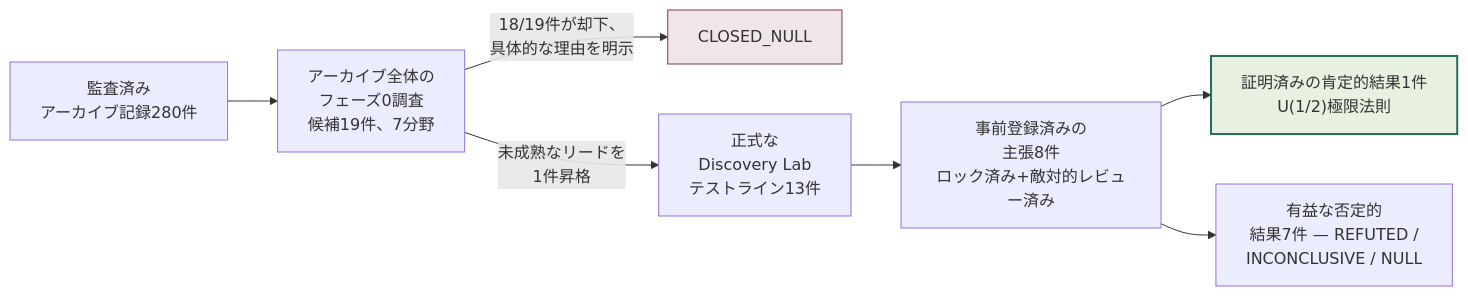
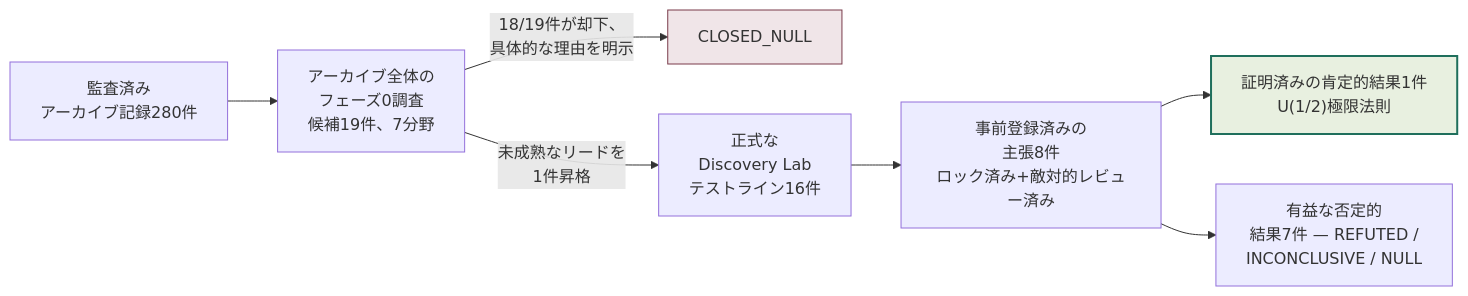
One commit to dougdotcon/TamesisTheoryCompleteResearchArchive changed the first of 4 diagrams in README_JA.md. Above: the diagram before and after it, drawn with Mermaid. The commit also changed other lines of this file and 5 other files, not shown here.

````diff
--- a/README_JA.md
+++ b/README_JA.md
@@ -43,11 +43,11 @@
 ```mermaid
 flowchart LR
     R[監査済み<br/>アーカイブ記録280件] --> S[アーカイブ全体の<br/>フェーズ0調査<br/>候補19件、7分野]
     S -->|18/19件が却下、<br/>具体的な理由を明示| N1[CLOSED_NULL]
-    S -->|未成熟なリードを<br/>1件昇格| L13[正式な<br/>Discovery Lab<br/>テストライン13件]
+    S -->|未成熟なリードを<br/>1件昇格| L13[正式な<br/>Discovery Lab<br/>テストライン16件]
     L13 --> C8[事前登録済みの<br/>主張8件<br/>ロック済み+敵対的レビュー済み]
     C8 --> V1["証明済みの肯定的結果1件<br/>U(1/2)極限法則"]
     C8 --> V2[有益な否定的<br/>結果7件 — REFUTED /<br/>INCONCLUSIVE / NULL]
     style V1 fill:#e8f0e0,stroke:#1f6f5c,stroke-width:2px
     style N1 fill:#f0e5e8,stroke:#7a3b4a
 ```
````
